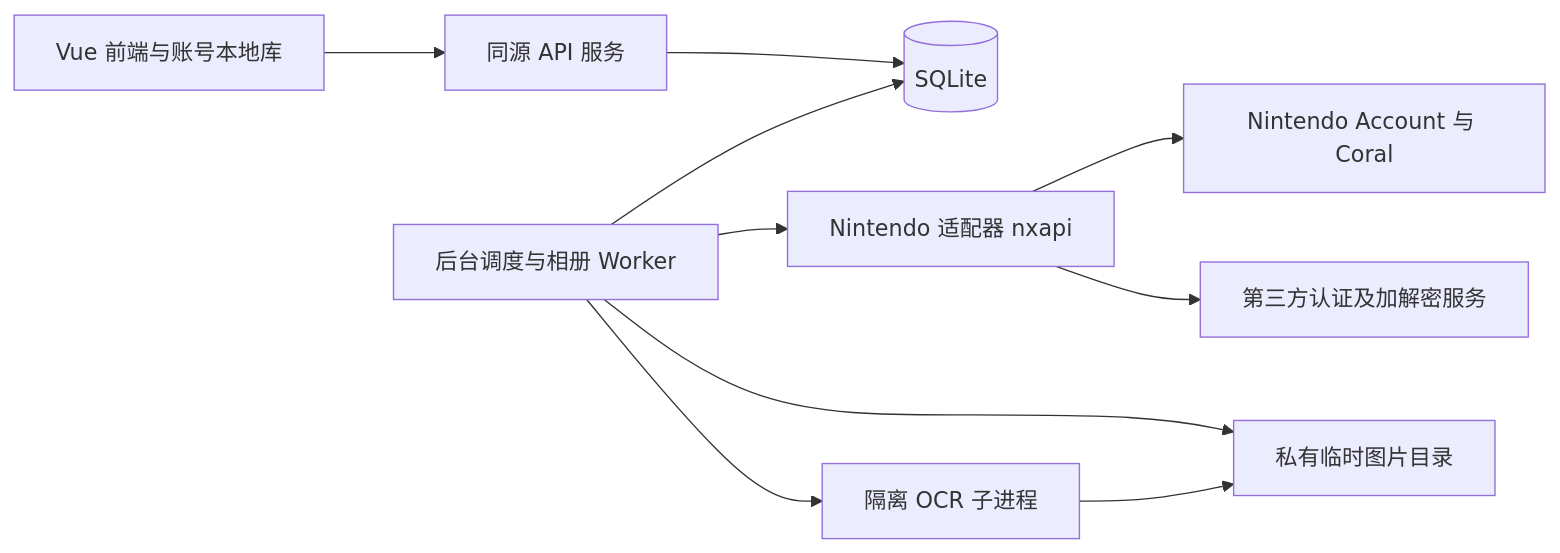
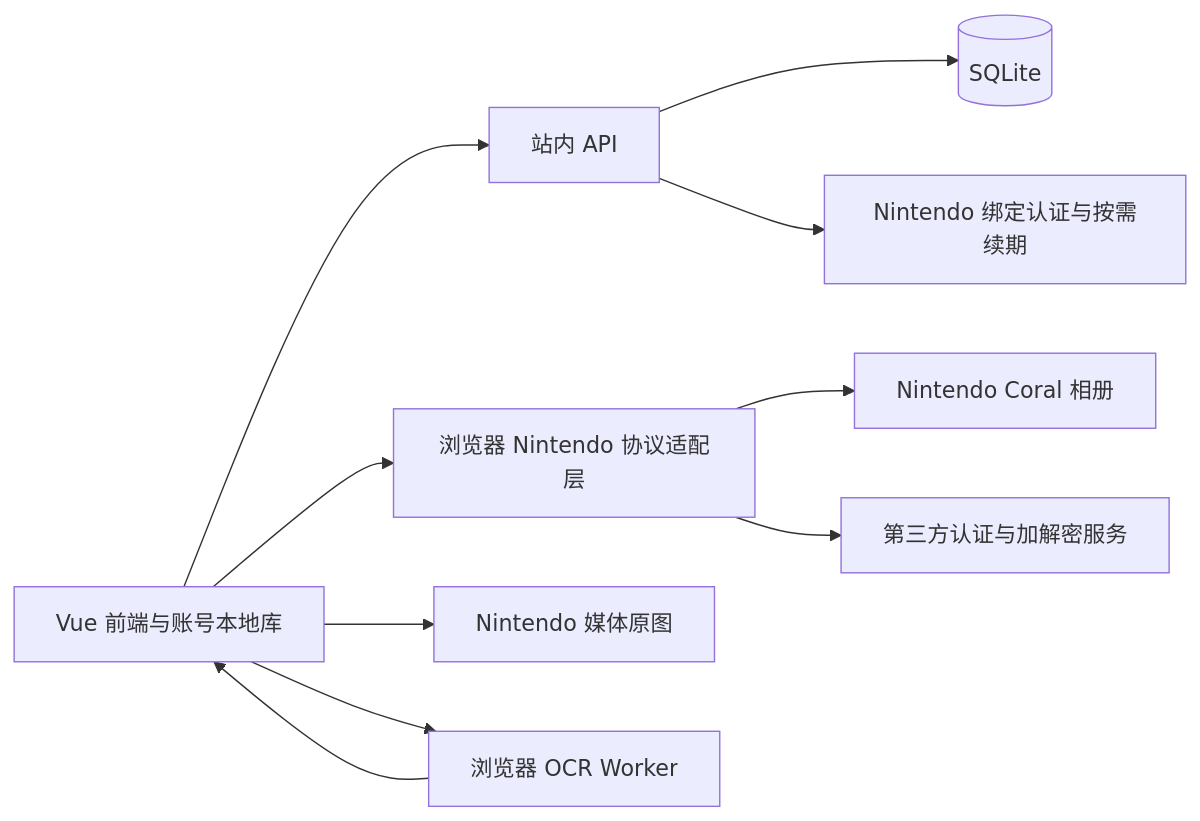
Before and after one commit to HimemiyaTori/gcfp-b30: the diagram in docs/FP_B30_三期设计文档.md, drawn with Mermaid. The commit also changed other lines of this file and 1 other file, not shown here.

````diff
--- a/docs/FP_B30_三期设计文档.md
+++ b/docs/FP_B30_三期设计文档.md
@@ -110,12 +135,12 @@
 ```mermaid
 flowchart LR
-    UI[Vue 前端与账号本地库] --> API[同源 API 服务]
+    UI[Vue 前端与账号本地库] --> API[站内 API]
     API --> DB[(SQLite)]
-    Worker[后台调度与相册 Worker] --> DB
-    Worker --> Adapter[Nintendo 适配器 nxapi]
-    Adapter --> NS[Nintendo Account 与 Coral]
-    Adapter --> Auth[第三方认证及加解密服务]
-    Worker --> OCR[隔离 OCR 子进程]
-    Worker --> Files[私有临时图片目录]
-    OCR --> Files
+    API --> Login[Nintendo 绑定认证与按需续期]
+    UI --> Adapter[浏览器 Nintendo 协议适配层]
+    Adapter --> NS[Nintendo Coral 相册]
+    Adapter --> Auth[第三方认证与加解密服务]
+    UI --> CDN[Nintendo 媒体原图]
+    UI --> OCR[浏览器 OCR Worker]
+    OCR --> UI
 ```
````
